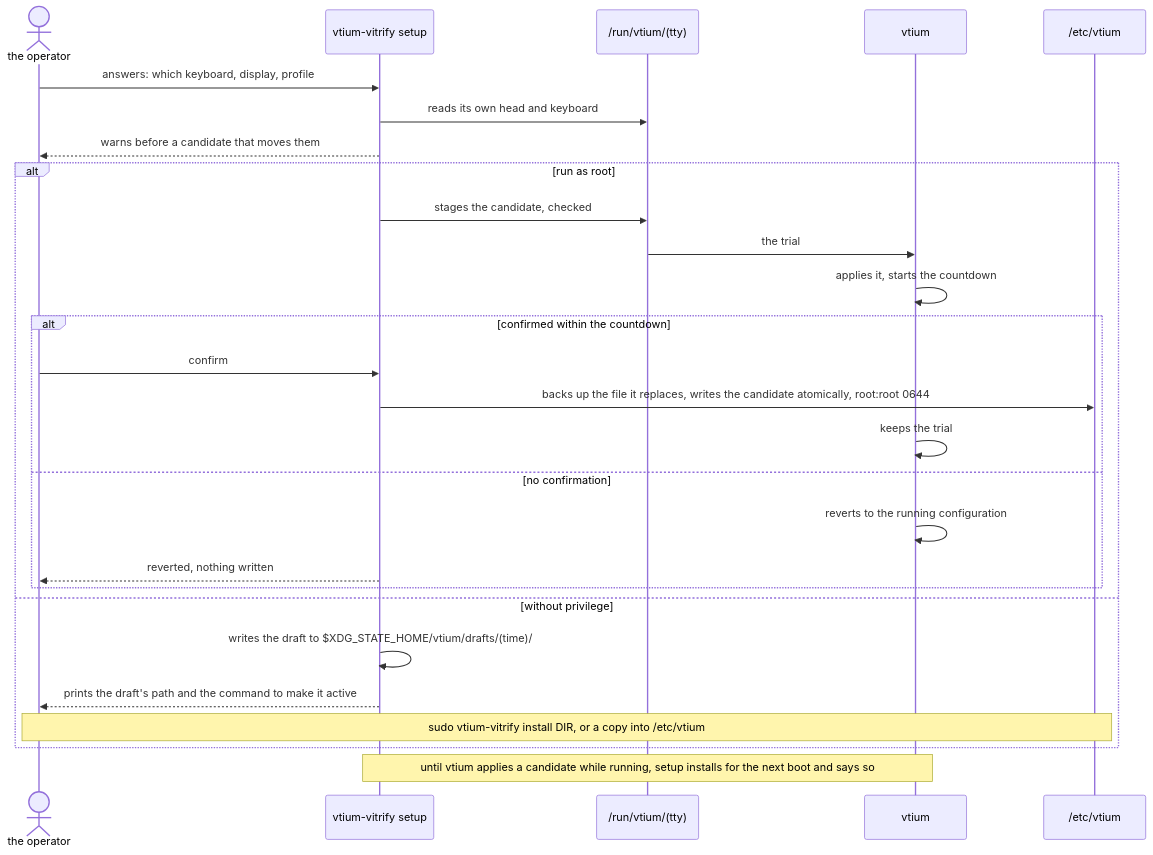
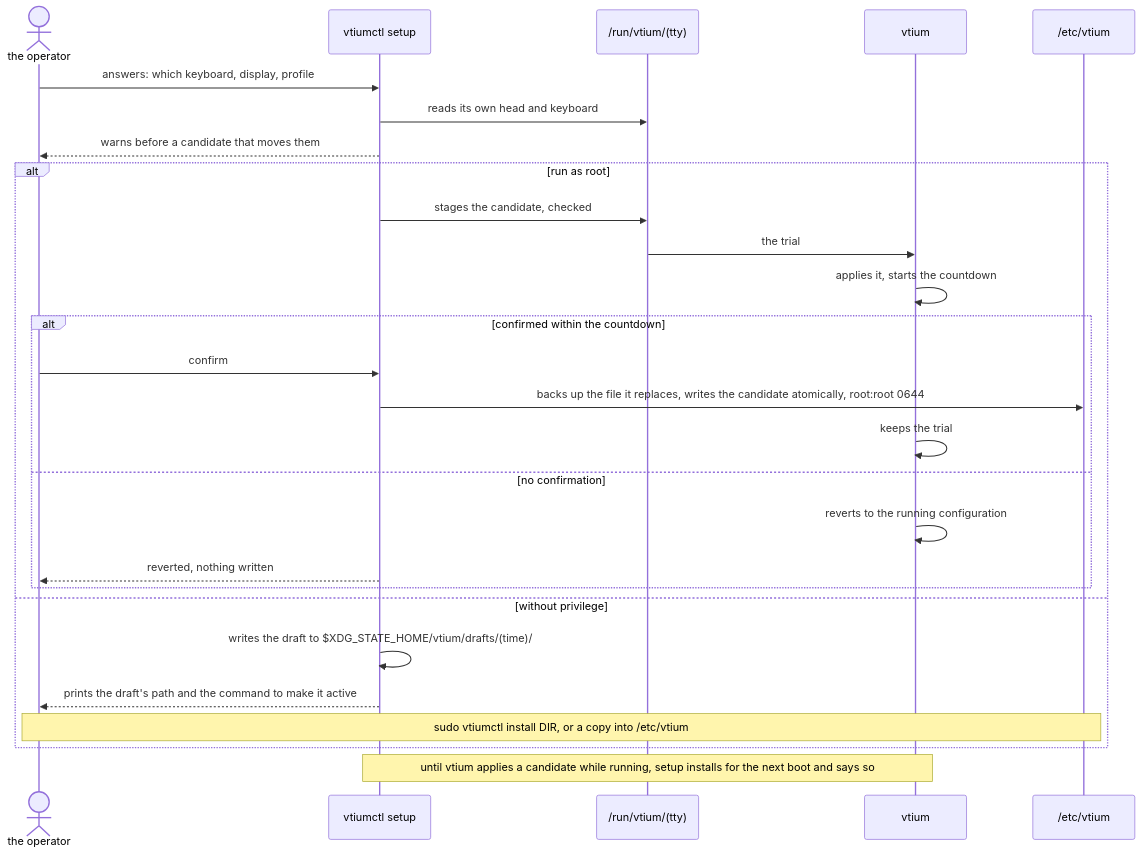
One commit to vtium/vtium changed the fifth of 5 diagrams in docs/architecture/platform/ADR-1401-heads-a-terminal-per-physical-display-placed-by-a-first-match-ruleset.md. Above: the diagram before and after it, drawn with Mermaid. The commit also changed other lines of this file and 4 other files, not shown here.

First line of the commit message:
docs(adr): the configuration tool is vtiumctl, vitrify keeps the fonts

````diff
--- a/docs/architecture/platform/ADR-1401-heads-a-terminal-per-physical-display-placed-by-a-first-match-ruleset.md
+++ b/docs/architecture/platform/ADR-1401-heads-a-terminal-per-physical-display-placed-by-a-first-match-ruleset.md
@@ -583,29 +584,29 @@
 ```mermaid
 sequenceDiagram
     actor Op as the operator
-    participant V as vtium-vitrify setup
+    participant V as vtiumctl setup
     participant R as /run/vtium/(tty)
     participant T as vtium
     participant E as /etc/vtium
     Op->>V: answers: which keyboard, display, profile
     V->>R: reads its own head and keyboard
     V-->>Op: warns before a candidate that moves them
     alt run as root
         V->>R: stages the candidate, checked
         R->>T: the trial
         T->>T: applies it, starts the countdown
         alt confirmed within the countdown
             Op->>V: confirm
             V->>E: backs up the file it replaces, writes the candidate atomically, root:root 0644
             T->>T: keeps the trial
         else no confirmation
             T->>T: reverts to the running configuration
             V-->>Op: reverted, nothing written
         end
     else without privilege
         V->>V: writes the draft to $XDG_STATE_HOME/vtium/drafts/(time)/
         V-->>Op: prints the draft's path and the command to make it active
-        Note over Op,E: sudo vtium-vitrify install DIR, or a copy into /etc/vtium
+        Note over Op,E: sudo vtiumctl install DIR, or a copy into /etc/vtium
     end
     Note over V,T: until vtium applies a candidate while running, setup installs for the next boot and says so
 ```
````
